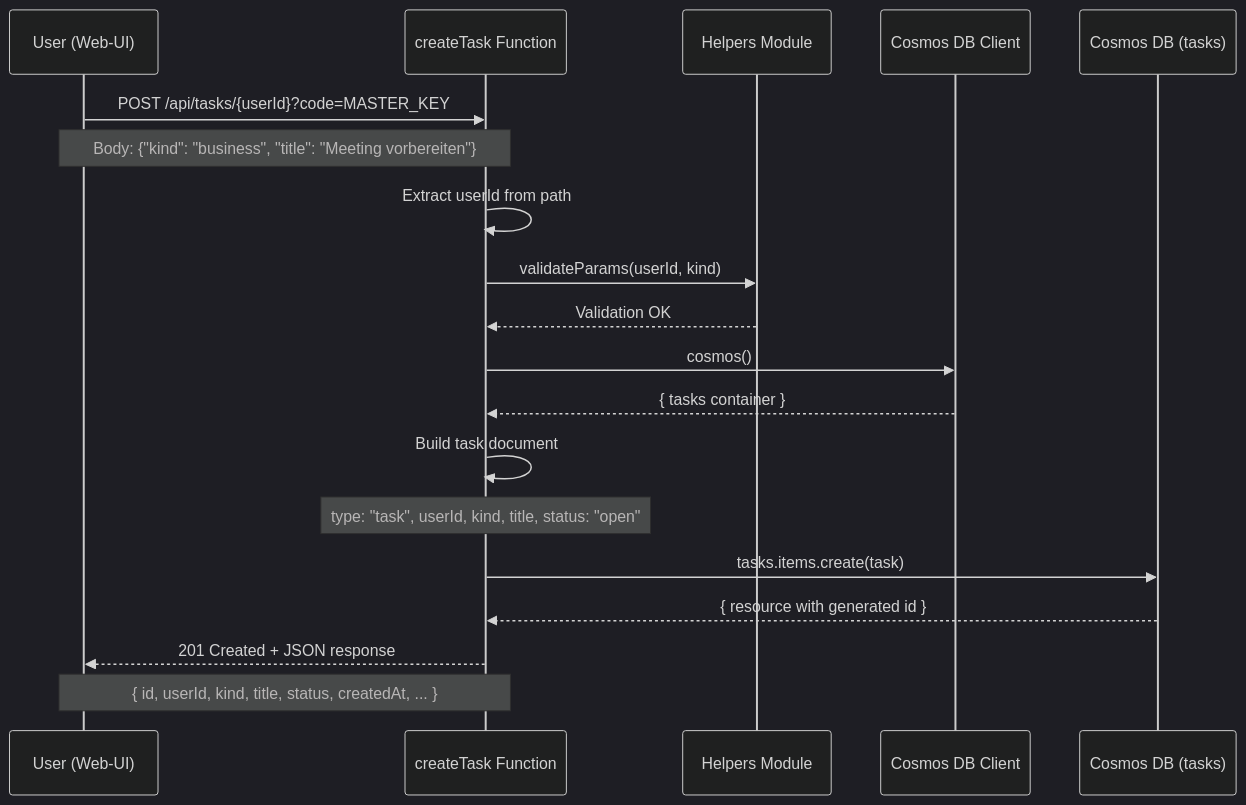
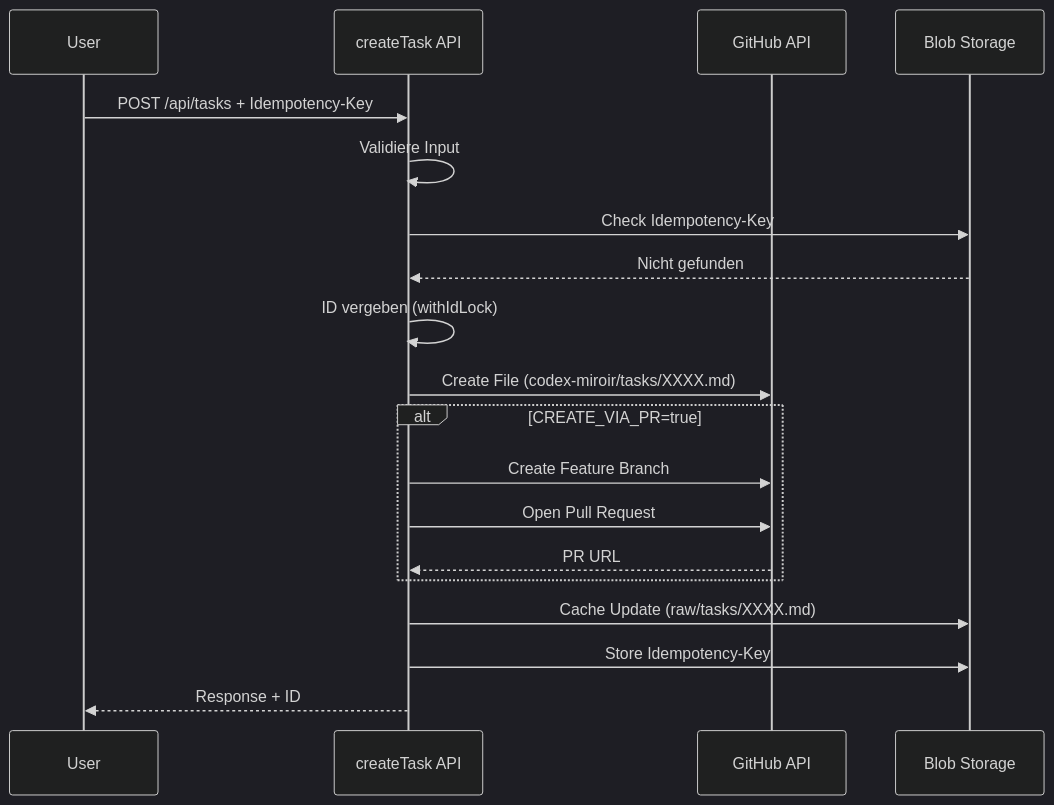
Before and after one commit to merlinbecker/CodexMiroir: the third of 4 diagrams in documentation/arc42.md, drawn with Mermaid (dark theme). The commit also changed other lines of this file and 46 other files, not shown here.

First line of the commit message:
Feature/create task (#85)

````diff
--- a/documentation/arc42.md
+++ b/documentation/arc42.md
@@ -306,27 +181,22 @@
 ```mermaid
 sequenceDiagram
-    participant U as User (Web-UI)
-    participant A as createTask Function
-    participant H as Helpers Module
-    participant C as Cosmos DB Client
-    participant DB as Cosmos DB (tasks)
-    
-    U->>A: POST /api/tasks/{userId}?code=MASTER_KEY
-    note over U,A: Body: {"kind": "business", "title": "Meeting vorbereiten"}
-    
-    A->>A: Extract userId from path
-    A->>H: validateParams(userId, kind)
-    H-->>A: Validation OK
-    
-    A->>C: cosmos()
-    C-->>A: { tasks container }
-    
-    A->>A: Build task document
-    note over A: type: "task", userId, kind, title, status: "open"
-    
-    A->>DB: tasks.items.create(task)
-    DB-->>A: { resource with generated id }
-    
-    A-->>U: 201 Created + JSON response
-    note over A,U: { id, userId, kind, title, status, createdAt, ... }
+    participant U as User
+    participant A as createTask API
+    participant G as GitHub API
+    participant B as Blob Storage
+
+    U->>A: POST /api/tasks + Idempotency-Key
+    A->>A: Validiere Input
+    A->>B: Check Idempotency-Key
+    B-->>A: Nicht gefunden
+    A->>A: ID vergeben (withIdLock)
+    A->>G: Create File (codex-miroir/tasks/XXXX.md)
+    alt CREATE_VIA_PR=true
+        A->>G: Create Feature Branch
+        A->>G: Open Pull Request
+        G-->>A: PR URL
+    end
+    A->>B: Cache Update (raw/tasks/XXXX.md)
+    A->>B: Store Idempotency-Key
+    A-->>U: Response + ID
 ```
````
